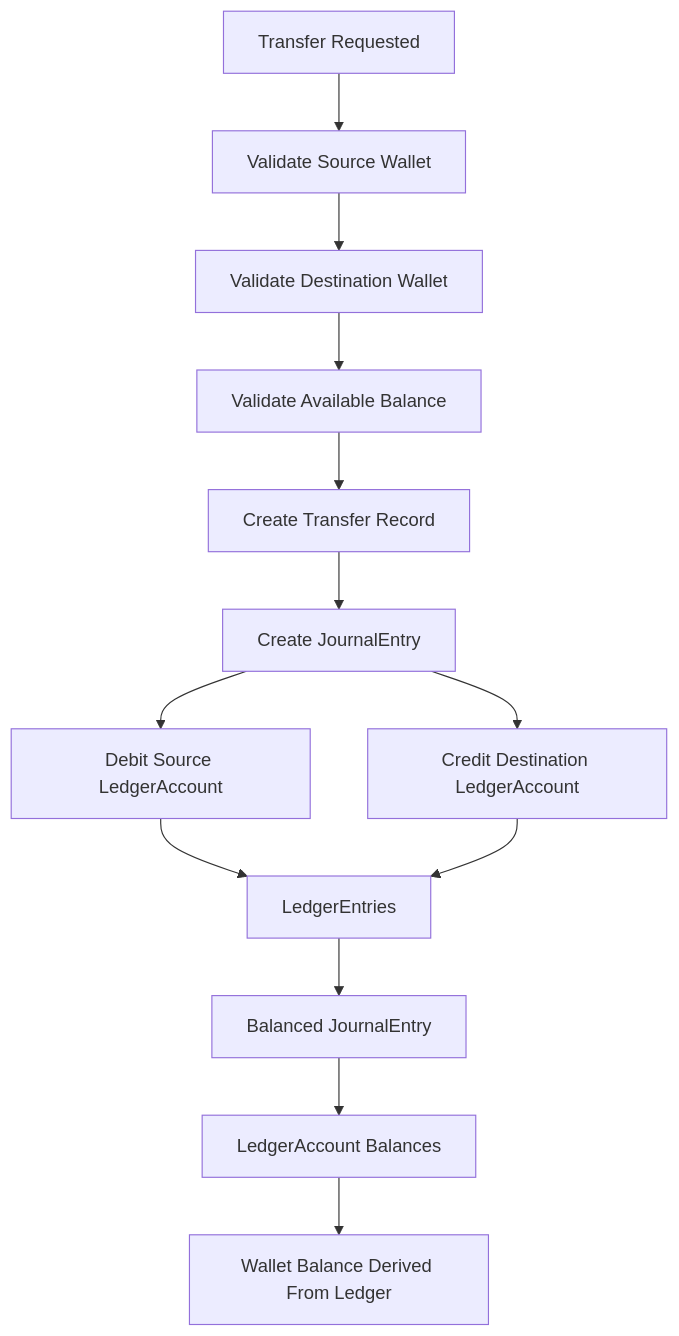
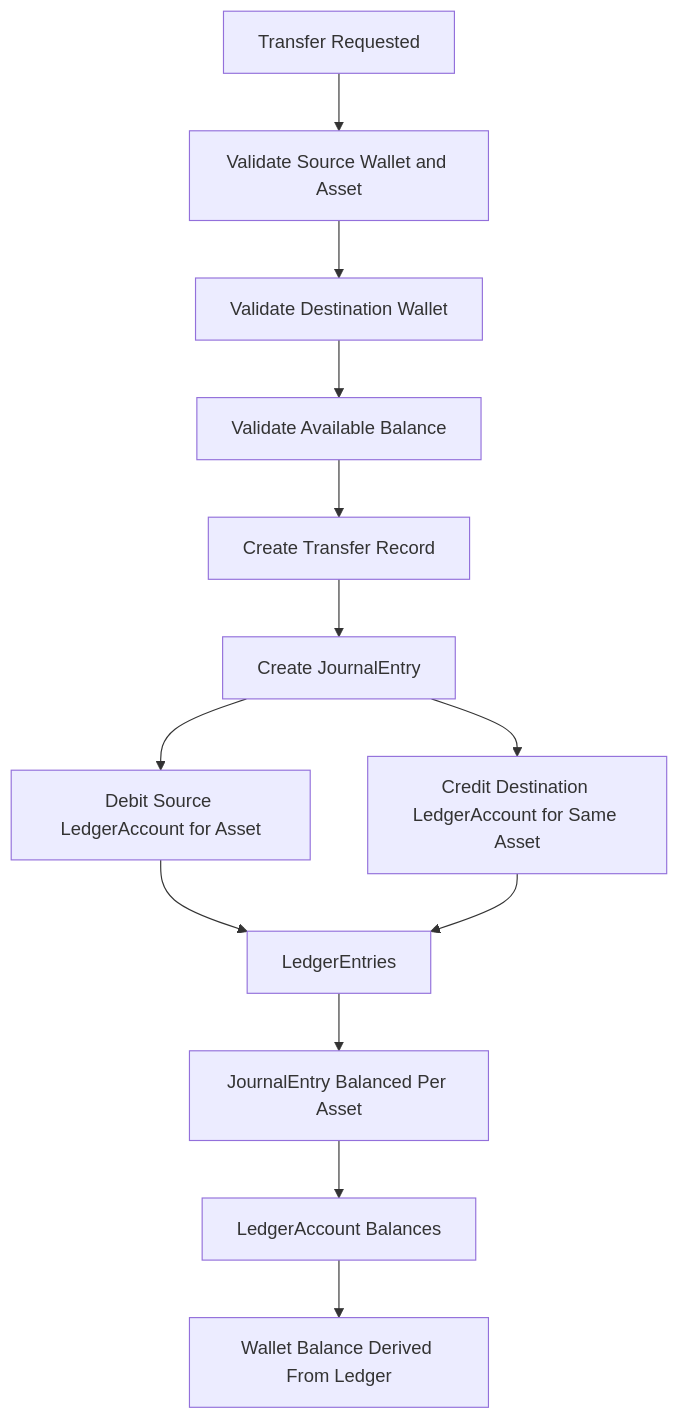
One commit to EbraGory33/Apex-Ledger changed the diagram in docs/domain/transfer-flow.md. Above: the diagram before and after it, drawn with Mermaid. The commit also changed 10 other files, not shown here.

Commit message:
Enhance ledger and wallet structures with asset support and atomic units

````diff
--- a/docs/domain/transfer-flow.md
+++ b/docs/domain/transfer-flow.md
@@ -1,25 +1,25 @@
 ```mermaid
 flowchart TD
 
     A[Transfer Requested]
 
-    A --> B[Validate Source Wallet]
+    A --> B[Validate Source Wallet and Asset]
     B --> C[Validate Destination Wallet]
     C --> D[Validate Available Balance]
 
     D --> E[Create Transfer Record]
 
     E --> F[Create JournalEntry]
 
-    F --> G[Debit Source LedgerAccount]
-    F --> H[Credit Destination LedgerAccount]
+    F --> G[Debit Source LedgerAccount for Asset]
+    F --> H[Credit Destination LedgerAccount for Same Asset]
 
     G --> I[LedgerEntries]
     H --> I
 
-    I --> J[Balanced JournalEntry]
+    I --> J[JournalEntry Balanced Per Asset]
 
     J --> K[LedgerAccount Balances]
 
     K --> L[Wallet Balance Derived From Ledger]
 ```
````
